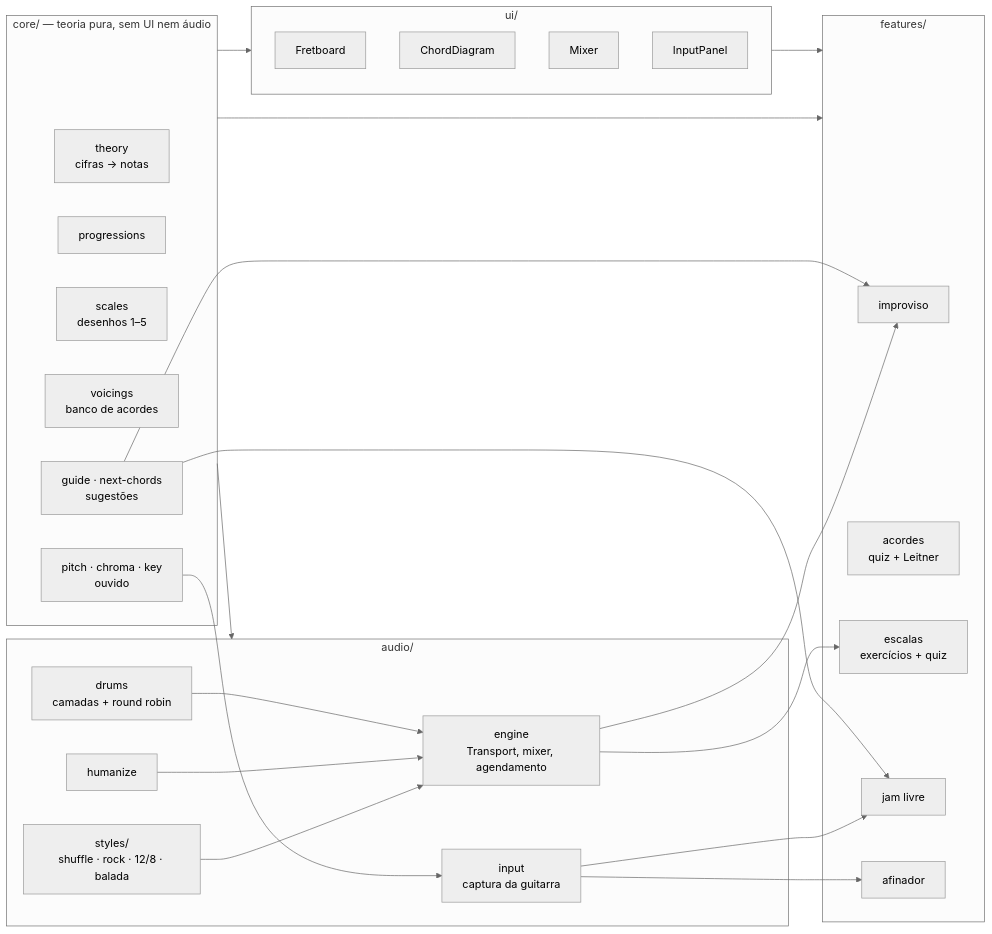
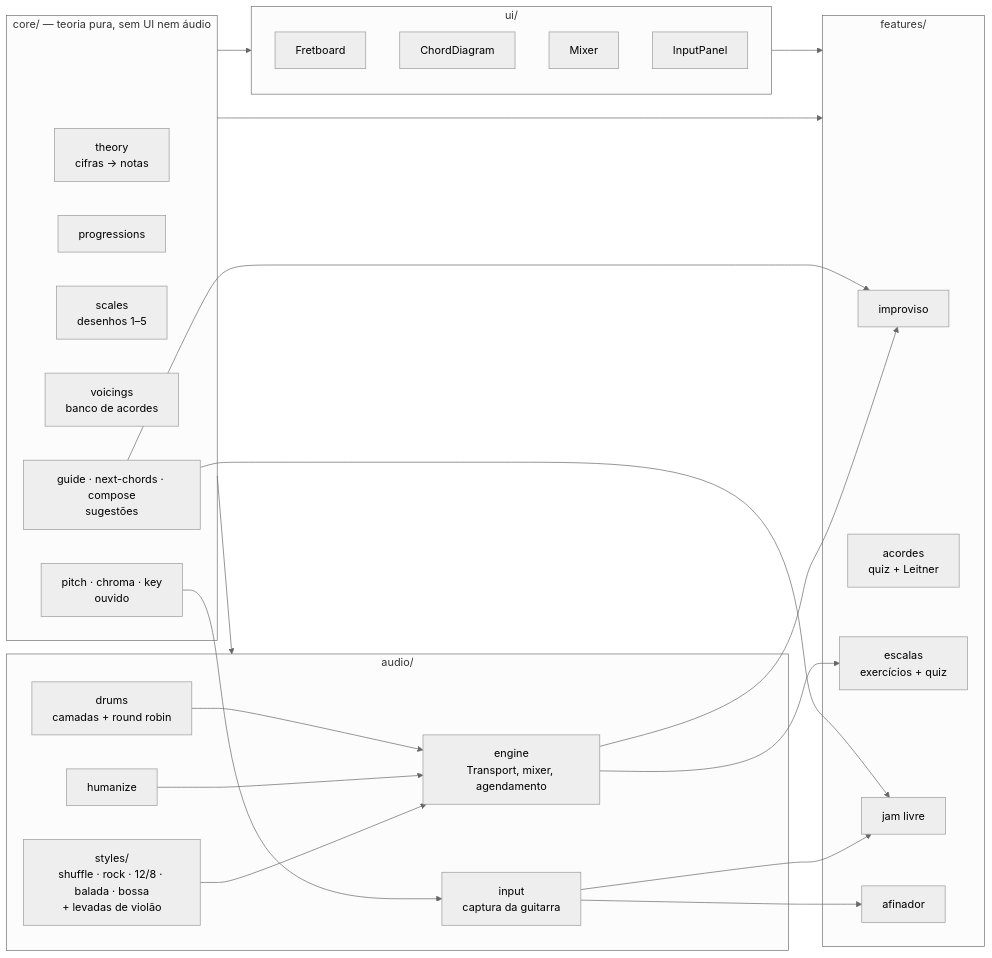
One commit to depaula12/treinador-improviso changed the diagram in README.md. Above: the diagram before and after it, drawn with Mermaid (neutral theme). The commit also changed other lines of this file and 4 other files, not shown here.

````diff
--- a/README.md
+++ b/README.md
@@ -205,45 +221,45 @@
 ```mermaid
 flowchart LR
   subgraph core["core/ — teoria pura, sem UI nem áudio"]
     theory["theory<br/>cifras → notas"]
     prog["progressions"]
     scales["scales<br/>desenhos 1–5"]
     voicings["voicings<br/>banco de acordes"]
     ear["pitch · chroma · key<br/>ouvido"]
-    sug["guide · next-chords<br/>sugestões"]
+    sug["guide · next-chords · compose<br/>sugestões"]
   end
   subgraph audio["audio/"]
     engine["engine<br/>Transport, mixer, agendamento"]
-    styles["styles/<br/>shuffle · rock · 12/8 · balada"]
+    styles["styles/<br/>shuffle · rock · 12/8 · balada · bossa<br/>+ levadas de violão"]
     human["humanize"]
     drums["drums<br/>camadas + round robin"]
     input["input<br/>captura da guitarra"]
   end
   subgraph features["features/"]
     imp["improviso"]
     ac["acordes<br/>quiz + Leitner"]
     es["escalas<br/>exercícios + quiz"]
     jam["jam livre"]
     af["afinador"]
   end
   subgraph ui["ui/"]
     fb["Fretboard"]
     cd["ChordDiagram"]
     mix["Mixer"]
     ip["InputPanel"]
   end
   core --> audio
   core --> features
   core --> ui
   styles --> engine
   human --> engine
   drums --> engine
   ear --> input
   engine --> imp
   engine --> es
   input --> jam
   input --> af
   sug --> jam
   sug --> imp
   ui --> features
 ```
````
